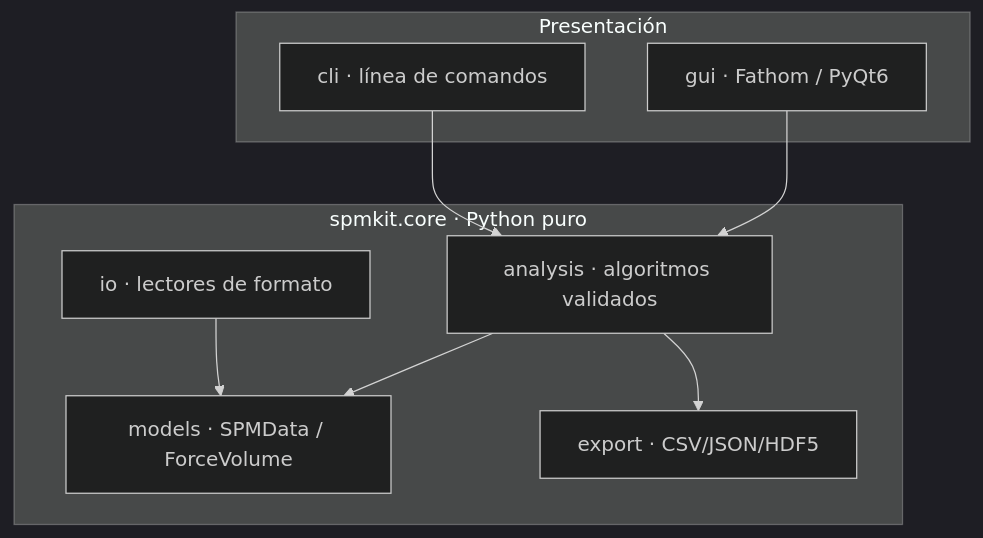
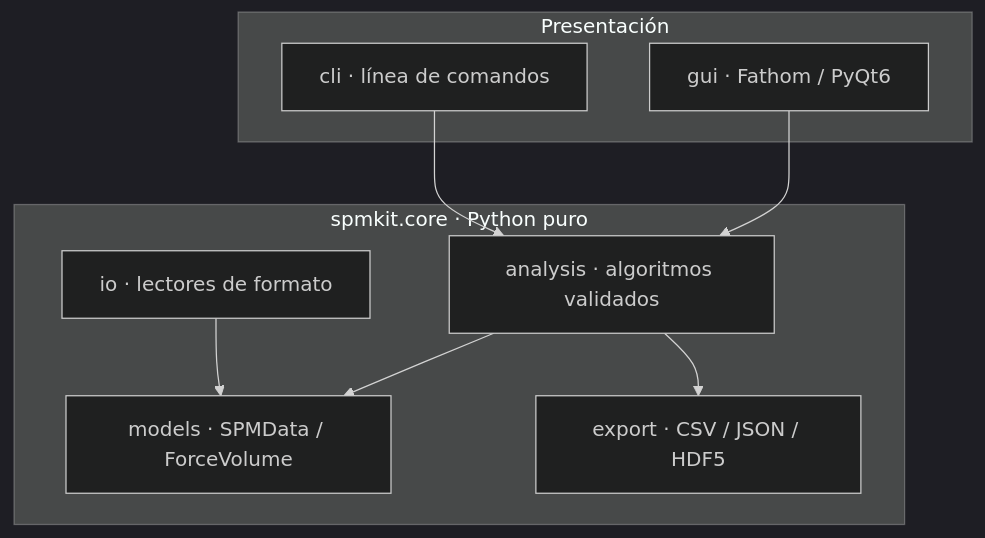
Before and after one commit to kegouro/spmkit: the first of 3 diagrams in README.md, drawn with Mermaid (dark theme). The commit also changed other lines of this file and 10 other files, not shown here.

````diff
--- a/README.md
+++ b/README.md
@@ -172,18 +305,18 @@
 ```mermaid
 graph TD
-    subgraph Presentación
-        CLI[cli · línea de comandos]
-        GUI[gui · Fathom / PyQt6]
+    subgraph P["Presentación"]
+        CLI["cli · línea de comandos"]
+        GUI["gui · Fathom / PyQt6"]
     end
-    subgraph Núcleo [spmkit.core · Python puro]
-        IO[io · lectores de formato]
-        ANALYSIS[analysis · algoritmos validados]
-        MODELS[models · SPMData / ForceVolume]
-        EXPORT[export · CSV/JSON/HDF5]
+    subgraph N["spmkit.core · Python puro"]
+        IO["io · lectores de formato"]
+        ANALYSIS["analysis · algoritmos validados"]
+        MODELS["models · SPMData / ForceVolume"]
+        EXPORT["export · CSV / JSON / HDF5"]
     end
     CLI --> ANALYSIS
     GUI --> ANALYSIS
     IO --> MODELS
     ANALYSIS --> MODELS
     ANALYSIS --> EXPORT
 ```
````
